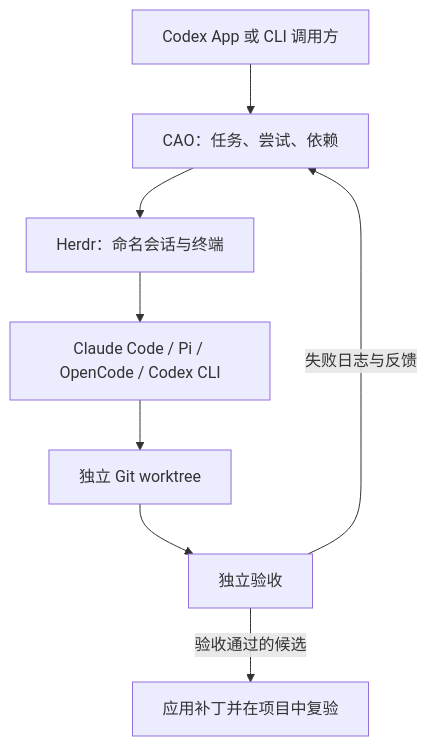
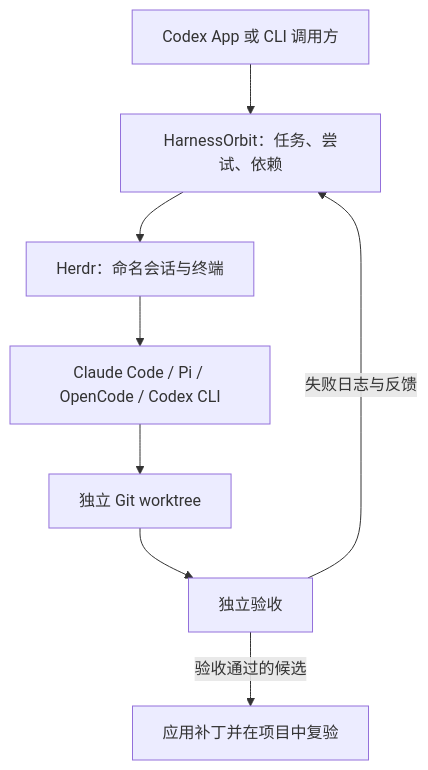
The diagram in README.zh-CN.md (Snseam/harnessorbit), drawn with Mermaid before and after one commit. The commit also changed other lines of this file and 63 other files, not shown here.

First line of the commit message:
Make HarnessOrbit the public product and repository identity (#12)

````diff
--- a/README.zh-CN.md
+++ b/README.zh-CN.md
@@ -89,10 +91,10 @@
 ```mermaid
 flowchart TD
-    C[Codex App 或 CLI 调用方] --> O[CAO：任务、尝试、依赖]
+    C[Codex App 或 CLI 调用方] --> O[HarnessOrbit：任务、尝试、依赖]
     O --> H[Herdr：命名会话与终端]
     H --> A[Claude Code / Pi / OpenCode / Codex CLI]
     A --> W[独立 Git worktree]
     W --> V[独立验收]
     V -->|失败日志与反馈| O
     V -->|验收通过的候选| I[应用补丁并在项目中复验]
 ```
````
